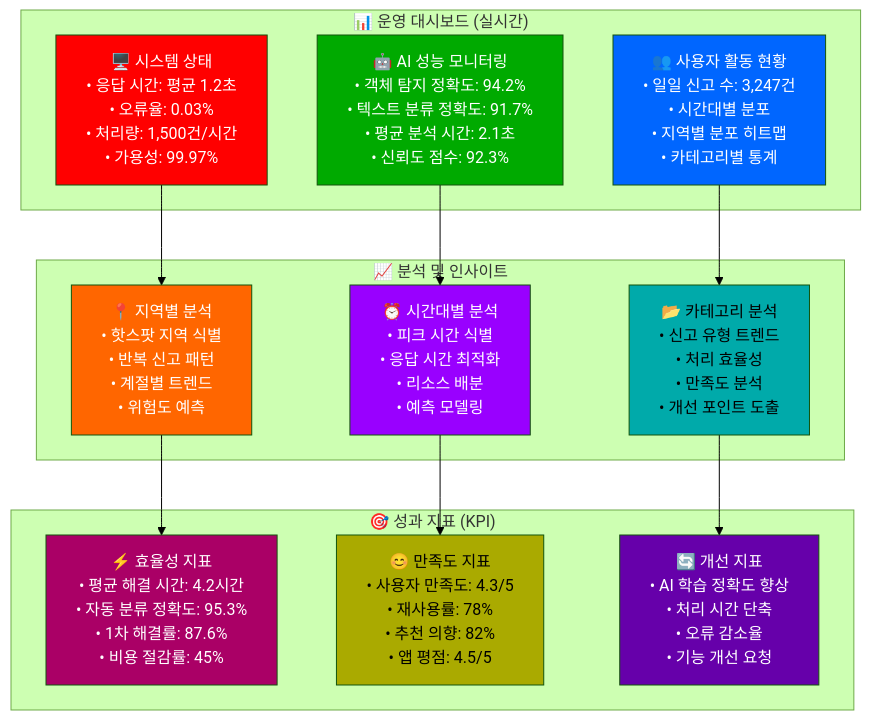
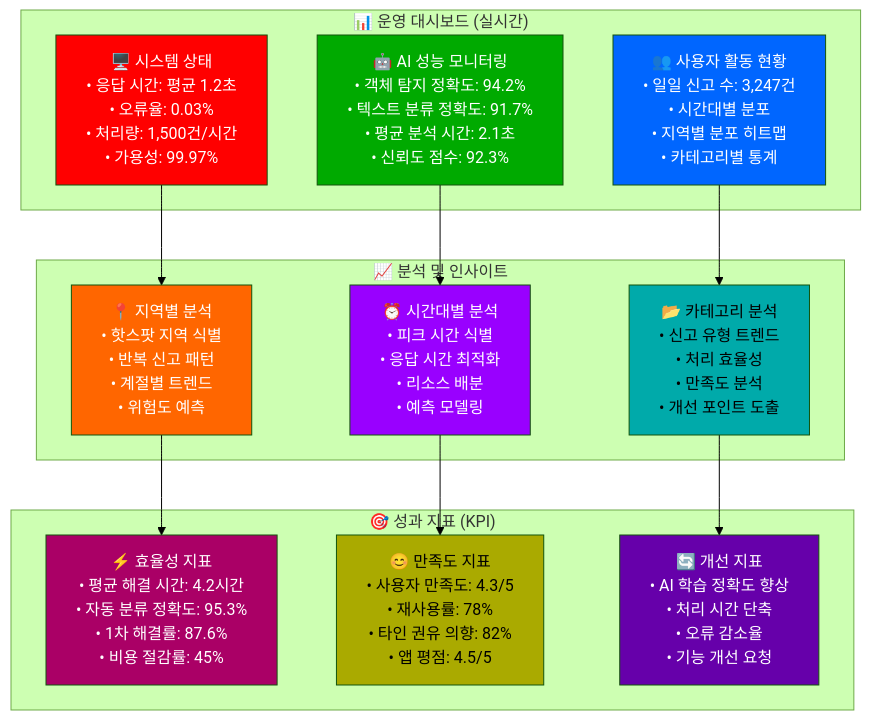
Before and after one commit to choisimo/document: diagram 25 of 27 in content/archive/legacy/ObjectDetectionApp/structure-sw.md, drawn with Mermaid (forest theme). The commit also changed other lines of this file and 432 other files, not shown here.

````diff
--- a/content/archive/legacy/ObjectDetectionApp/structure-sw.md
+++ b/content/archive/legacy/ObjectDetectionApp/structure-sw.md
@@ -1259,43 +1259,43 @@
 ```mermaid
 graph TB
     subgraph "📊 운영 대시보드 (실시간)"
         A[🖥️ 시스템 상태<br/>• 응답 시간: 평균 1.2초<br/>• 오류율: 0.03%<br/>• 처리량: 1,500건/시간<br/>• 가용성: 99.97%]
 
         B[🤖 AI 성능 모니터링<br/>• 객체 탐지 정확도: 94.2%<br/>• 텍스트 분류 정확도: 91.7%<br/>• 평균 분석 시간: 2.1초<br/>• 신뢰도 점수: 92.3%]
 
         C[👥 사용자 활동 현황<br/>• 일일 신고 수: 3,247건<br/>• 시간대별 분포<br/>• 지역별 분포 히트맵<br/>• 카테고리별 통계]
     end
 
     subgraph "📈 분석 및 인사이트"
         D[📍 지역별 분석<br/>• 핫스팟 지역 식별<br/>• 반복 신고 패턴<br/>• 계절별 트렌드<br/>• 위험도 예측]
 
         E[⏰ 시간대별 분석<br/>• 피크 시간 식별<br/>• 응답 시간 최적화<br/>• 리소스 배분<br/>• 예측 모델링]
 
         F[📂 카테고리 분석<br/>• 신고 유형 트렌드<br/>• 처리 효율성<br/>• 만족도 분석<br/>• 개선 포인트 도출]
     end
 
     subgraph "🎯 성과 지표 (KPI)"
         G[⚡ 효율성 지표<br/>• 평균 해결 시간: 4.2시간<br/>• 자동 분류 정확도: 95.3%<br/>• 1차 해결률: 87.6%<br/>• 비용 절감률: 45%]
 
-        H[😊 만족도 지표<br/>• 사용자 만족도: 4.3/5<br/>• 재사용률: 78%<br/>• 추천 의향: 82%<br/>• 앱 평점: 4.5/5]
+        H[😊 만족도 지표<br/>• 사용자 만족도: 4.3/5<br/>• 재사용률: 78%<br/>• 타인 권유 의향: 82%<br/>• 앱 평점: 4.5/5]
 
         I[🔄 개선 지표<br/>• AI 학습 정확도 향상<br/>• 처리 시간 단축<br/>• 오류 감소율<br/>• 기능 개선 요청]
     end
 
     A --> D
     B --> E
     C --> F
     D --> G
     E --> H
     F --> I
 
     style A fill:#FF0000,color:#FFFFFF
     style B fill:#00AA00,color:#FFFFFF
     style C fill:#0066FF,color:#FFFFFF
     style D fill:#FF6600,color:#FFFFFF
     style E fill:#9900FF,color:#FFFFFF
     style F fill:#00AAAA,color:#000000
     style G fill:#AA0066,color:#FFFFFF
     style H fill:#AAAA00,color:#000000
     style I fill:#6600AA,color:#FFFFFF
 ```
````
